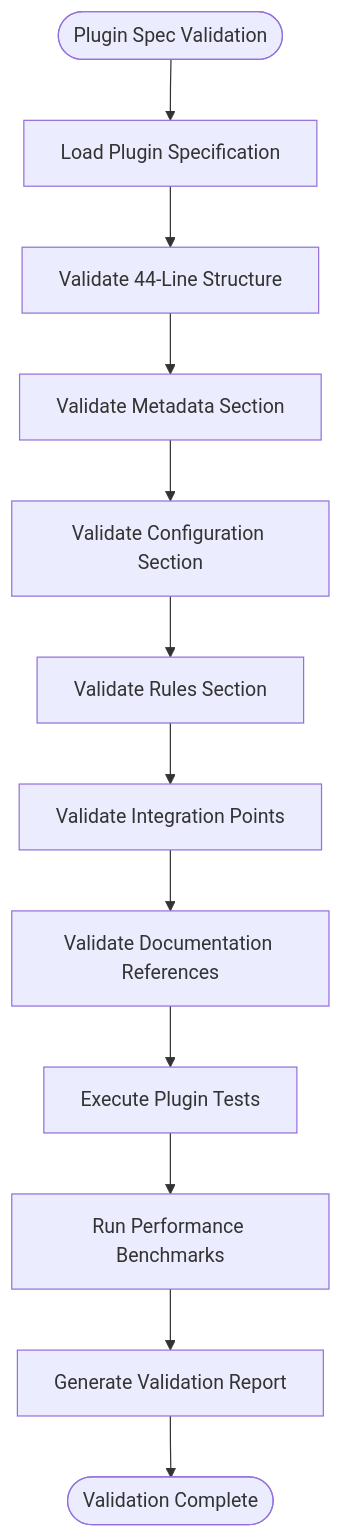
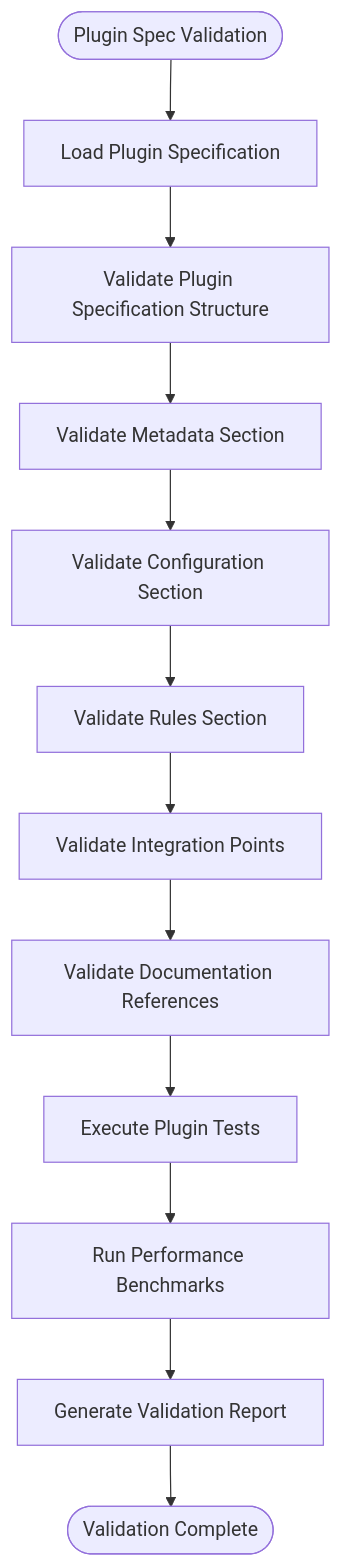
One commit to tonythethompson/numan-registry changed the sixth of 7 diagrams in .qoder/repowiki/en/content/Package Development Guide/Package Validation and Testing.md. Above: the diagram before and after it, drawn with Mermaid. The commit also changed other lines of this file and 3 other files, not shown here.

````diff
--- a/.qoder/repowiki/en/content/Package Development Guide/Package Validation and Testing.md
+++ b/.qoder/repowiki/en/content/Package Development Guide/Package Validation and Testing.md
@@ -338,14 +366,16 @@
 ```mermaid
+
 flowchart TD
 Start([Plugin Spec Validation]) --> LoadSpec["Load Plugin Specification"]
-LoadSpec --> ValidateStructure["Validate 44-Line Structure"]
+LoadSpec --> ValidateStructure["Validate Plugin Specification Structure"]
 ValidateStructure --> CheckMetadata["Validate Metadata Section"]
 CheckMetadata --> CheckConfig["Validate Configuration Section"]
 CheckConfig --> CheckRules["Validate Rules Section"]
 CheckRules --> CheckIntegration["Validate Integration Points"]
 CheckIntegration --> CheckDocs["Validate Documentation References"]
 CheckDocs --> RunTests["Execute Plugin Tests"]
 RunTests --> PerformanceCheck["Run Performance Benchmarks"]
 PerformanceCheck --> GenerateReport["Generate Validation Report"]
 GenerateReport --> End([Validation Complete])
+
 ```
````
